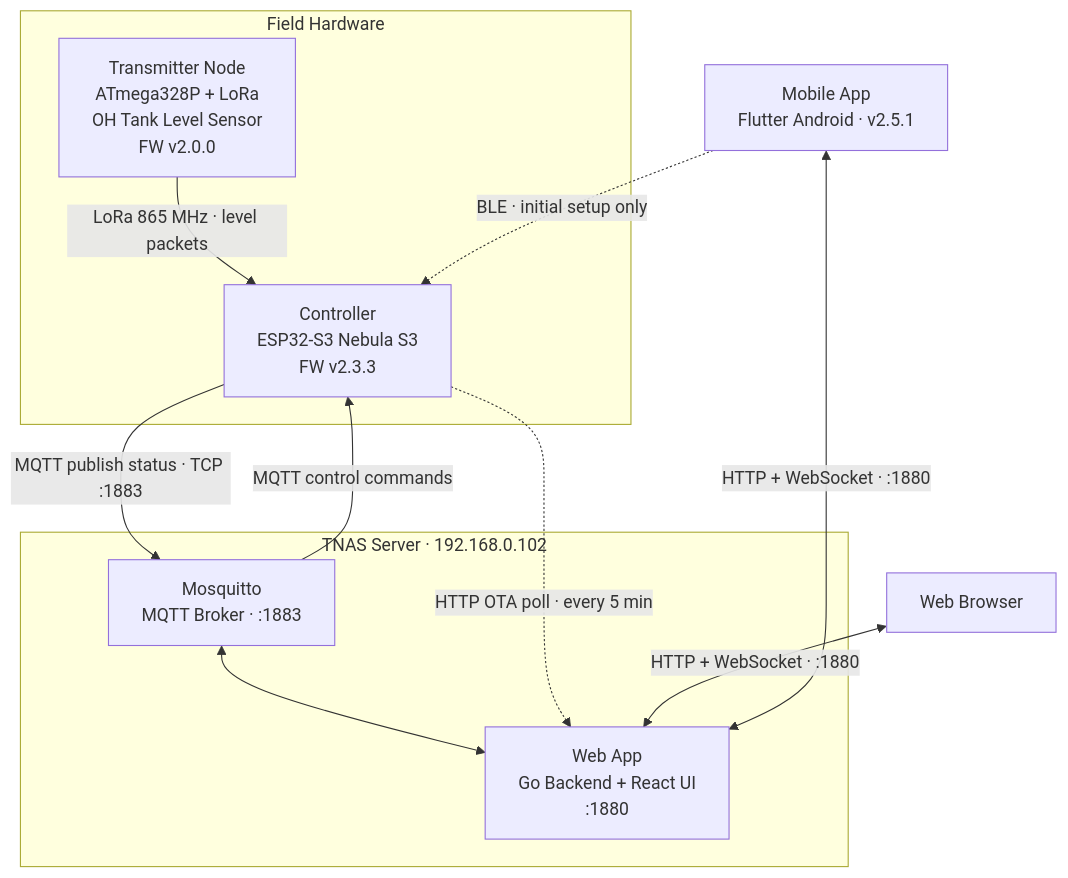
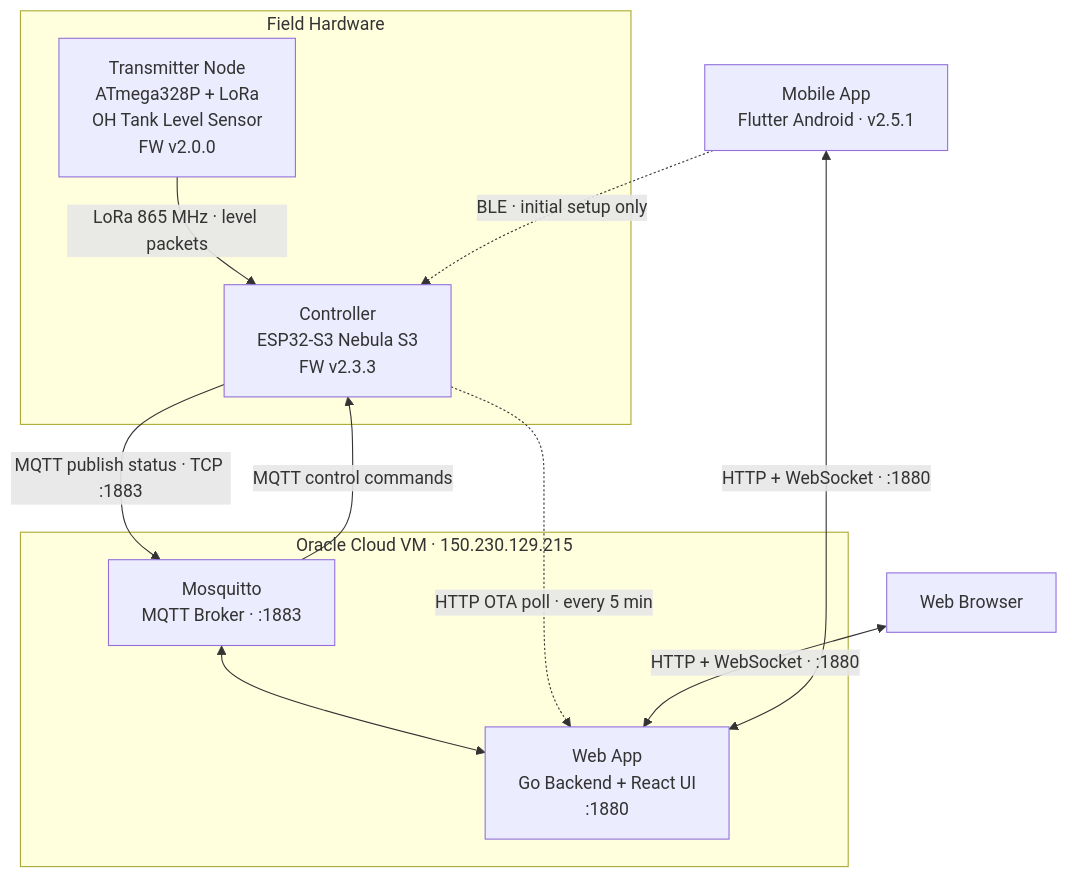
Before and after one commit to nperiannan/TankMonitor: the first of 2 diagrams in README.md, drawn with Mermaid. The commit also changed other lines of this file and 20 other files, not shown here.

First line of the commit message:
firmware: add manualAutoStop setting; web: v2.2.3; migrate NAS to Oracle Cloud VM

````diff
--- a/README.md
+++ b/README.md
@@ -9,25 +9,25 @@
 ```mermaid
 flowchart TD
     subgraph Field["Field Hardware"]
         TX["Transmitter Node\nATmega328P + LoRa\nOH Tank Level Sensor\nFW v2.0.0"]
         CTRL["Controller\nESP32-S3 Nebula S3\nFW v2.3.3"]
         TX -- "LoRa 865 MHz · level packets" --> CTRL
     end
 
-    subgraph Server["TNAS Server · 192.168.0.102"]
+    subgraph Server["Oracle Cloud VM · 150.230.129.215"]
         MQ["Mosquitto\nMQTT Broker · :1883"]
         WEB["Web App\nGo Backend + React UI\n:1880"]
         MQ <--> WEB
     end
 
     CTRL -- "MQTT publish status · TCP :1883" --> MQ
     MQ -- "MQTT control commands" --> CTRL
     CTRL -. "HTTP OTA poll · every 5 min" .-> WEB
 
     BROWSER["Web Browser"]
     APP["Mobile App\nFlutter Android · v2.5.1"]
 
     BROWSER <-- "HTTP + WebSocket · :1880" --> WEB
     APP <-- "HTTP + WebSocket · :1880" --> WEB
     APP -. "BLE · initial setup only" .-> CTRL
 ```
````
